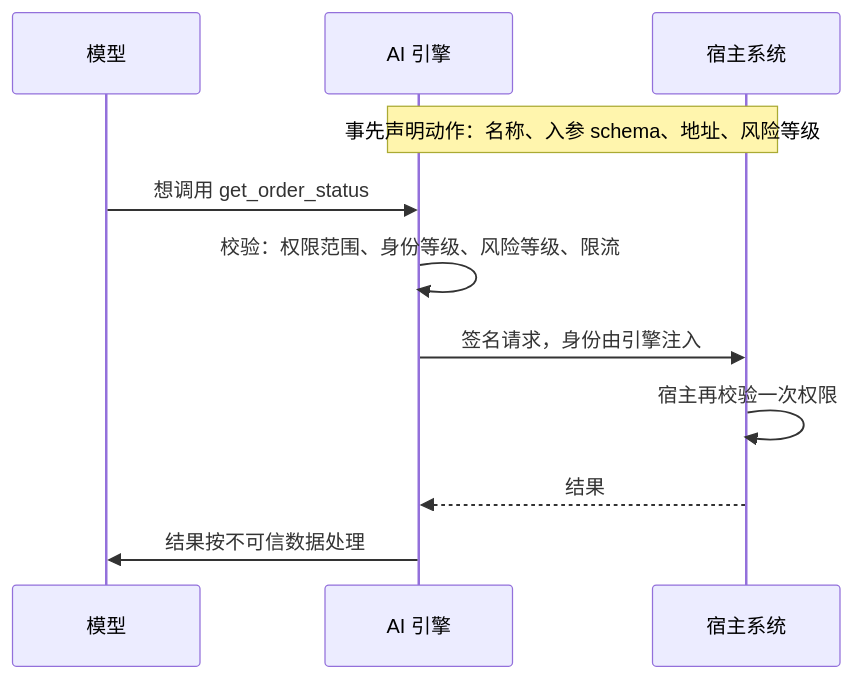
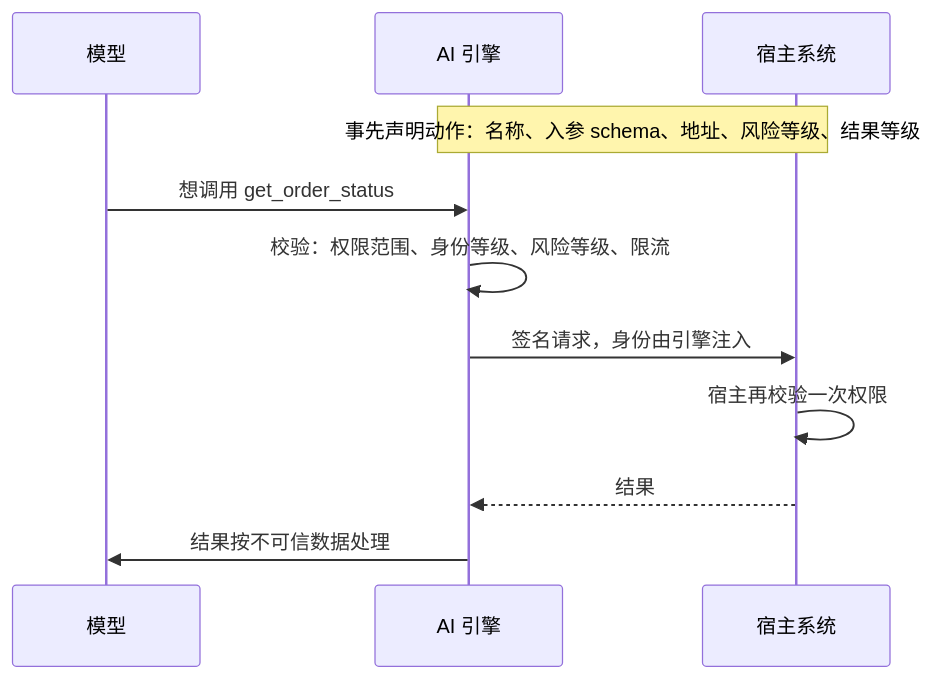
The fifth of 9 diagrams in docs/ai-engine-architecture-blueprint.md (brix-kit-dev/intergent), drawn with Mermaid before and after one commit. The commit also changed other lines of this file, not shown here.

````diff
--- a/docs/ai-engine-architecture-blueprint.md
+++ b/docs/ai-engine-architecture-blueprint.md
@@ -459,13 +459,13 @@
 ```mermaid
 sequenceDiagram
     participant M as 模型
     participant E as AI 引擎
     participant H as 宿主系统
-    Note over H,E: 事先声明动作：名称、入参 schema、地址、风险等级
+    Note over H,E: 事先声明动作：名称、入参 schema、地址、风险等级、结果等级
     M->>E: 想调用 get_order_status
     E->>E: 校验：权限范围、身份等级、风险等级、限流
     E->>H: 签名请求，身份由引擎注入
     H->>H: 宿主再校验一次权限
     H-->>E: 结果
     E->>M: 结果按不可信数据处理
 ```
````
